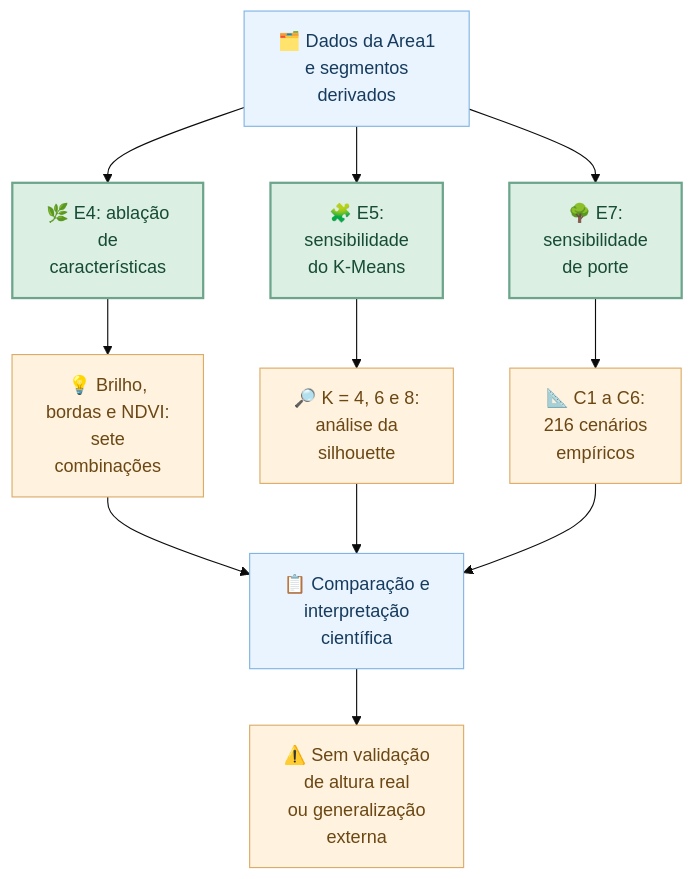
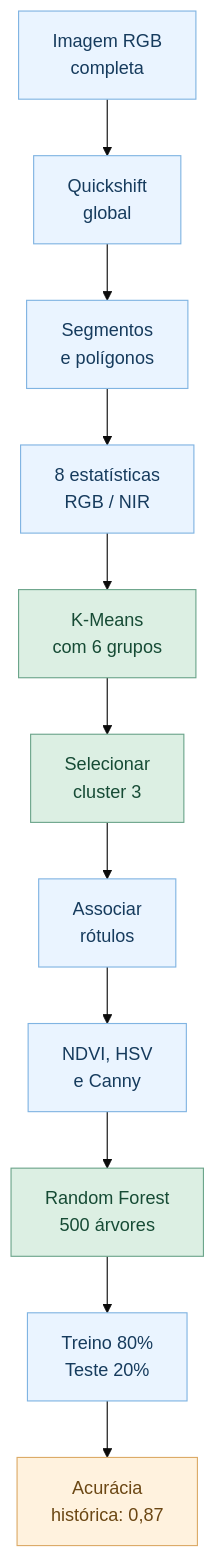
The third of 4 diagrams in README.md (BrenoBragaGalvao/mestrado-arvores-urbanas), drawn with Mermaid (base theme) before and after one commit. The commit also changed other lines of this file, not shown here.

Commit message:
docs(mestrado): reescrever somente seções após autor com explicação acessível das comparações e datasets

````diff
--- a/README.md
+++ b/README.md
@@ -350,21 +309,20 @@
 ```mermaid
 flowchart TD
-    A["🗂️ Dados da Area1<br/>e segmentos<br/>derivados"]
-    A --> B["🌿 E4: ablação<br/>de<br/>características"]
-    A --> C["🧩 E5:<br/>sensibilidade<br/>do K-Means"]
-    A --> D["🌳 E7:<br/>sensibilidade<br/>de porte"]
-    B --> E["💡 Brilho,<br/>bordas e NDVI:<br/>sete<br/>combinações"]
-    C --> F["🔎 K = 4, 6 e 8:<br/>análise da<br/>silhouette"]
-    D --> G["📐 C1 a C6:<br/>216 cenários<br/>empíricos"]
-    E --> H["📋 Comparação e<br/>interpretação<br/>científica"]
-    F --> H
-    G --> H
-    H --> I["⚠️ Sem validação<br/>de altura real<br/>ou generalização<br/>externa"]
+    A["Imagem RGB<br/>completa"] --> B["Quickshift<br/>global"]
+    B --> C["Segmentos<br/>e polígonos"]
+    C --> D["8 estatísticas<br/>RGB / NIR"]
+    D --> E["K-Means<br/>com 6 grupos"]
+    E --> F["Selecionar<br/>cluster 3"]
+    F --> G["Associar<br/>rótulos"]
+    G --> H["NDVI, HSV<br/>e Canny"]
+    H --> I["Random Forest<br/>500 árvores"]
+    I --> J["Treino 80%<br/>Teste 20%"]
+    J --> K["Acurácia<br/>histórica: 0,87"]
 
-    classDef entrada fill:#eaf4ff,stroke:#80b4e2,color:#163b5d,stroke-width:1px;
-    classDef experimento fill:#dcefe3,stroke:#6ca58b,color:#164b35,stroke-width:2px;
-    classDef parametro fill:#fff2de,stroke:#dcab68,color:#6b4714,stroke-width:1px;
-    class A,H entrada;
-    class B,C,D experimento;
-    class E,F,G,I parametro;
+    classDef azul fill:#eaf4ff,stroke:#80b4e2,color:#163b5d;
+    classDef verde fill:#dcefe3,stroke:#6ca58b,color:#164b35;
+    classDef areia fill:#fff2de,stroke:#dcab68,color:#6b4714;
+    class A,B,C,D,G,H,J azul;
+    class E,F,I verde;
+    class K areia;
 ```
````
